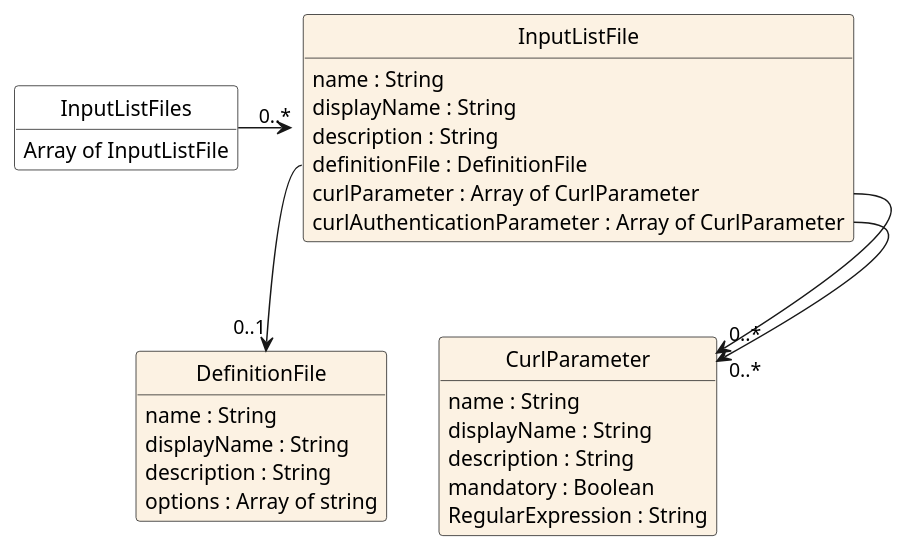
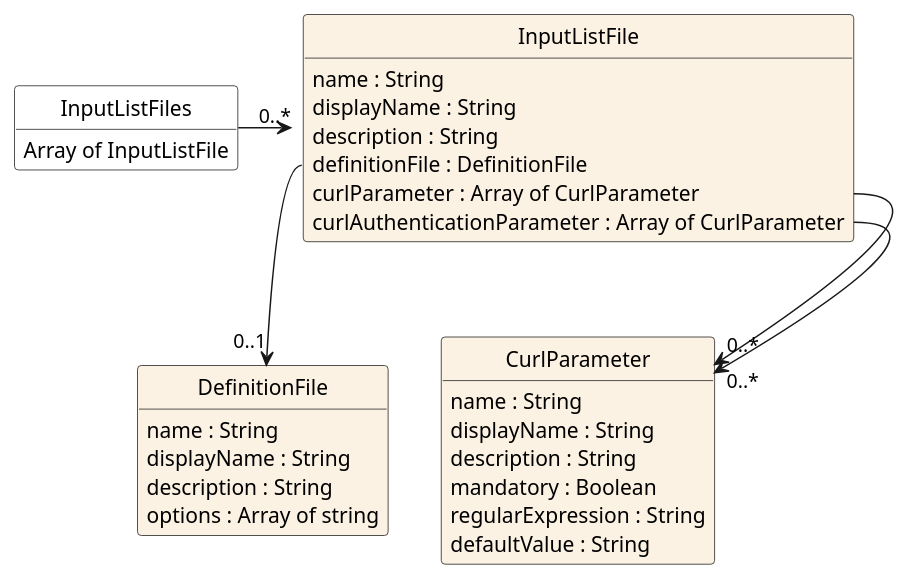
Before and after one commit to jfudickar/json2puml: the diagram in documentation/models/getinputlistfiles/getinputlistfiles.puml, drawn with PlantUML. The commit also changed 4 other files, not shown here.

```diff
--- a/documentation/models/getinputlistfiles/getinputlistfiles.puml
+++ b/documentation/models/getinputlistfiles/getinputlistfiles.puml
@@ -1,48 +1,49 @@
 @startuml
 hide circle
 hide methods
 hide stereotype
 show <<Enumeration>> stereotype
 skinparam class {
    BackgroundColor<<Enumeration>> #E6F5F7
    BackgroundColor<<Ref>> #FFFFE0
    BackgroundColor<<Pivot>> #FFFFFFF
    BackgroundColor #FCF2E3
 }
 
 class DefinitionFile{
    name : String
    displayName : String
    description : String
    options : Array of string
 }
 class CurlParameter{
    name : String
    displayName : String
    description : String
    mandatory : Boolean
-   RegularExpression : String
+   regularExpression : String
+   defaultValue : String
 }
 
 class InputListFile {
    name : String
    displayName : String
    description : String
    definitionFile : DefinitionFile
    curlParameter : Array of CurlParameter
    curlAuthenticationParameter : Array of CurlParameter
 }
 
 class InputListFiles <<pivot>>{
    Array of InputListFile
 }
 InputListFiles -right-> "0..*" InputListFile
 InputListFile::definitionFile --> "0..1" DefinitionFile
 InputListFile::curlParameter --> "0..*" CurlParameter
 InputListFile::curlAuthenticationParameter -> "0..*" CurlParameter
 
 CurlParameter -[hidden]up-> DefinitionFile
 CurlParameter <-[hidden]left- DefinitionFile
 
 
 @enduml
```
